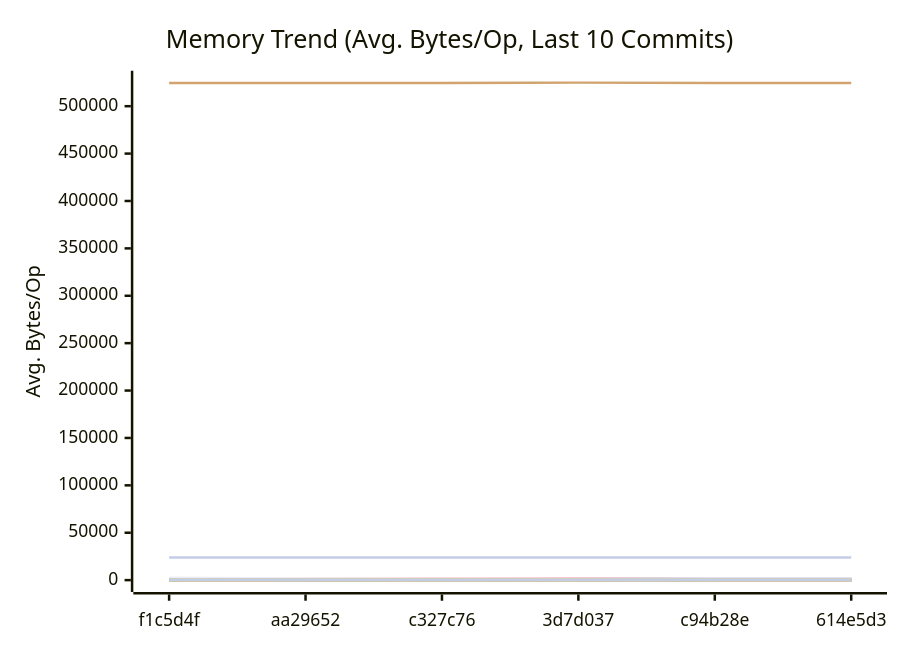
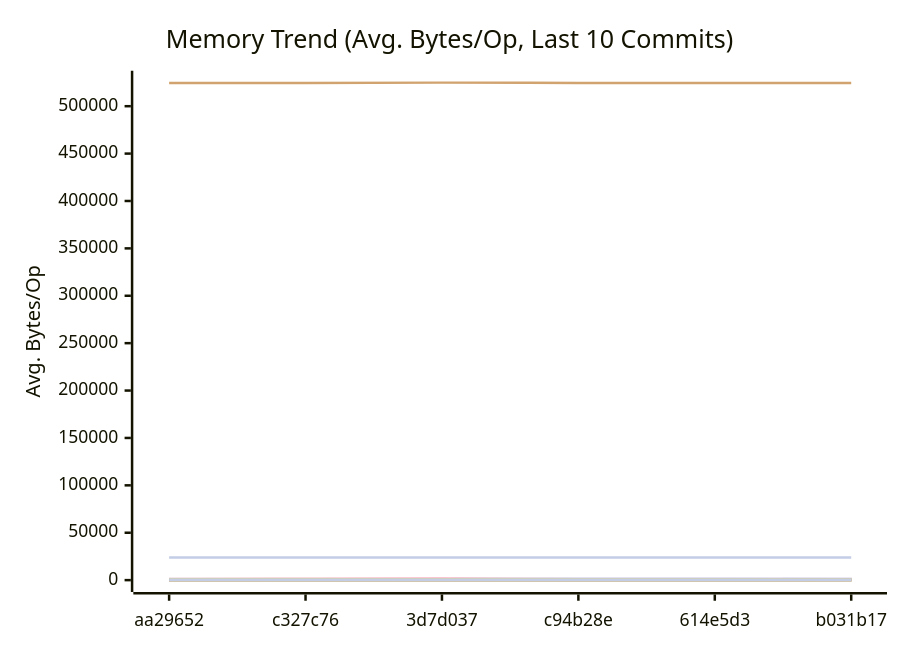
One commit to alsotoes/momo changed the second of 3 diagrams in docs/PERFORMANCE.md. Above: the diagram before and after it, drawn with Mermaid. The commit also changed other lines of this file and 2 other files, not shown here.

````diff
--- a/docs/PERFORMANCE.md
+++ b/docs/PERFORMANCE.md
@@ -310,44 +310,44 @@
 ```mermaid
 xychart-beta
     title "Memory Trend (Avg. Bytes/Op, Last 10 Commits)"
     x-axis "Commit"
     y-axis "Avg. Bytes/Op"
-    x-axis [f1c5d4f,aa29652,c327c76,3d7d037,c94b28e,614e5d3]
-    line "AWSChunkedReaderSigned" [110,64,68,46,98,80,70,106,85,62]
-    line "AWSChunkedReaderUnsigned" [108,49,63,59,75,91,78,84,68,66]
+    x-axis [aa29652,c327c76,3d7d037,c94b28e,614e5d3,b031b17]
+    line "AWSChunkedReaderSigned" [64,68,46,98,80,70,106,85,62,72]
+    line "AWSChunkedReaderUnsigned" [49,63,59,75,91,78,84,68,66,70]
     line "CheckMetricsAndSwap" [0,0,0,0,0,0,0,0,0,0]
     line "CrushOptimized" [0,0,0,0,0,0,0,0,0,0]
     line "CrushOriginal" [164,164,164,164,164,164,164,164,164,164]
-    line "FormatListObjectsV2XML_AppendFormat" [524460,524580,524552,524871,524558,524474,524487,524493,524491,524618]
+    line "FormatListObjectsV2XML_AppendFormat" [524580,524552,524871,524558,524474,524487,524493,524491,524618,524521]
     line "FormatListObjectsV2XML_OldFormat" [24000,24000,24000,24000,24000,24000,24000,24000,24000,24000]
-    line "HashBytes/1MiB" [205,138,157,137,195,139,187,213,178,135]
-    line "HashBytes/256MiB" [209,129,172,116,191,150,250,237,208,140]
-    line "HashBytes/64MiB" [232,132,172,107,132,159,198,175,180,134]
-    line "HashFile/1MiB" [244,127,148,121,187,160,251,167,203,132]
-    line "HashFile/256MiB" [261,126,156,118,177,172,188,165,187,118]
-    line "HashFile/64MiB" [258,120,142,102,169,207,193,175,165,106]
+    line "HashBytes/1MiB" [138,157,137,195,139,187,213,178,135,158]
+    line "HashBytes/256MiB" [129,172,116,191,150,250,237,208,140,144]
+    line "HashBytes/64MiB" [132,172,107,132,159,198,175,180,134,130]
+    line "HashFile/1MiB" [127,148,121,187,160,251,167,203,132,131]
+    line "HashFile/256MiB" [126,156,118,177,172,188,165,187,118,148]
+    line "HashFile/64MiB" [120,142,102,169,207,193,175,165,106,147]
     line "IndexDirectTracking" [0,0,0,0,0,0,0,0,0,0]
     line "IndexSearch" [0,0,0,0,0,0,0,0,0,0]
     line "LastModifiedHeader_AppendFormat" [0,0,0,0,0,0,0,0,0,0]
     line "LastModifiedHeader_Format" [32,32,32,32,32,32,32,32,32,32]
     line "LoadGlobalConfig" [1976,1976,1976,1976,1976,1976,1976,1976,1976,1976]
-    line "LocalWrite/1MiB" [1712,592,751,950,1339,1557,1077,1130,940,952]
-    line "LocalWrite/256MiB" [2499,1674,1356,986,1532,1495,1600,1673,1446,1129]
-    line "LocalWrite/64MiB" [2371,1365,1282,1194,1597,1782,1648,1456,1098,1310]
+    line "LocalWrite/1MiB" [592,751,950,1339,1557,1077,1130,940,952,1105]
+    line "LocalWrite/256MiB" [1674,1356,986,1532,1495,1600,1673,1446,1129,1329]
+    line "LocalWrite/64MiB" [1365,1282,1194,1597,1782,1648,1456,1098,1310,1406]
     line "PadString" [64,64,64,64,64,64,64,64,64,64]
     line "ParseReplicationOrder_NoPrealloc" [408,408,408,408,408,248,248,248,248,248]
     line "ParseReplicationOrder_Prealloc" [240,240,240,240,240,80,80,80,80,80]
     line "Placement" [352,352,352,352,352,352,352,352,352,352]
     line "PlacementDomainSpread" [352,352,352,352,352,352,352,352,352,352]
-    line "ReadVerify/1MiB" [304,186,157,86,185,136,220,179,124,139]
-    line "ReadVerify/256MiB" [214,154,147,118,177,204,219,127,151,122]
-    line "ReadVerify/64MiB" [239,179,155,126,175,148,315,131,129,123]
-    line "S3PutSpool/1MiB" [163,115,110,85,134,125,122,170,161,112]
-    line "S3PutSpool/256MiB" [206,112,111,101,149,123,148,219,144,114]
-    line "S3PutSpool/64MiB" [190,127,103,99,156,168,183,168,155,116]
+    line "ReadVerify/1MiB" [186,157,86,185,136,220,179,124,139,134]
+    line "ReadVerify/256MiB" [154,147,118,177,204,219,127,151,122,142]
+    line "ReadVerify/64MiB" [179,155,126,175,148,315,131,129,123,132]
+    line "S3PutSpool/1MiB" [115,110,85,134,125,122,170,161,112,121]
+    line "S3PutSpool/256MiB" [112,111,101,149,123,148,219,144,114,124]
+    line "S3PutSpool/64MiB" [127,103,99,156,168,183,168,155,116,118]
     line "SanitizeLog/Safe" [0,0,0,0,0,0,0,0,0,0]
     line "SanitizeLog/Unsafe" [704,704,704,704,704,704,704,704,704,704]
-    line "TrustedRead/1MiB" [221,125,140,108,186,217,246,135,143,109]
-    line "TrustedRead/256MiB" [184,123,110,83,160,128,226,212,181,127]
-    line "TrustedRead/64MiB" [169,124,113,70,144,220,225,161,144,118]
+    line "TrustedRead/1MiB" [125,140,108,186,217,246,135,143,109,127]
+    line "TrustedRead/256MiB" [123,110,83,160,128,226,212,181,127,129]
+    line "TrustedRead/64MiB" [124,113,70,144,220,225,161,144,118,124]
 ```
````
